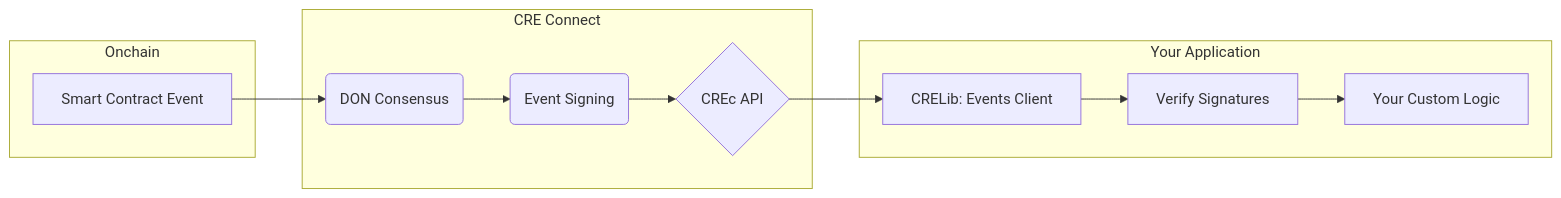
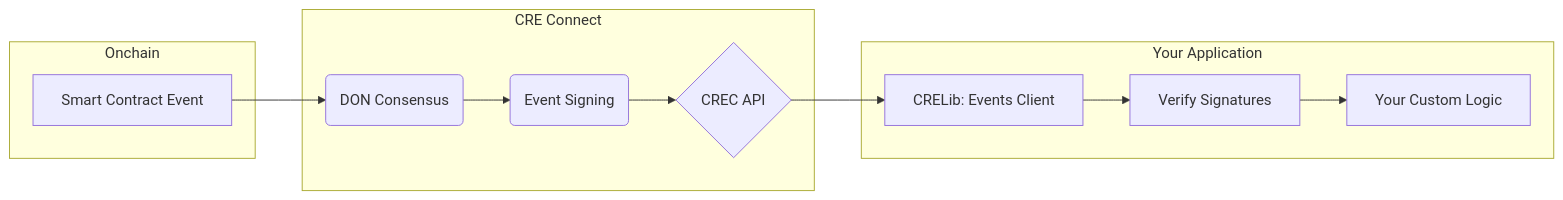
The first of 2 diagrams in README.md (smartcontractkit/crec-sdk), drawn with Mermaid before and after one commit. The commit also changed other lines of this file and 17 other files, not shown here.

````diff
--- a/README.md
+++ b/README.md
@@ -92,20 +92,20 @@
 ```mermaid
 graph LR
     subgraph Onchain
         A[Smart Contract Event]
     end
 
     subgraph CRE Connect
         B(DON Consensus)
         C(Event Signing)
-        D{CREc API}
+        D{CREC API}
     end
 
     subgraph Your Application
         E[CRELib: Events Client]
         F[Verify Signatures]
         G[Your Custom Logic]
     end
 
     A --> B --> C --> D --> E --> F --> G
 ```
````
